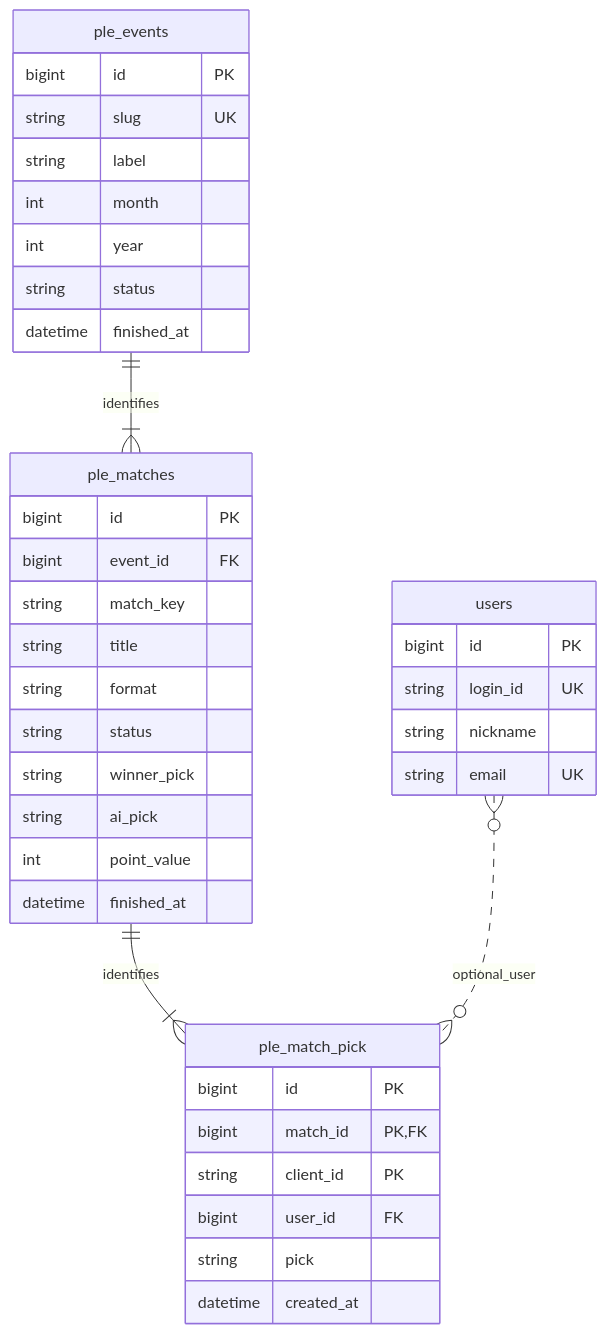
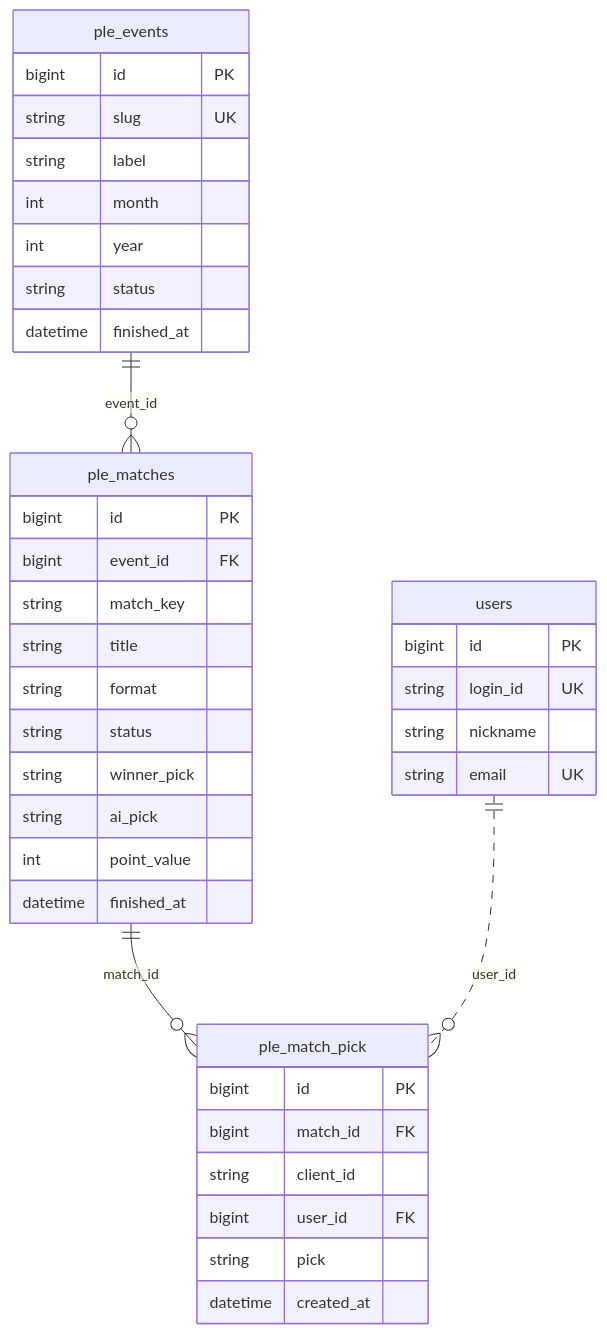
One commit to jsangho/cloud.jsangho.docs changed the second of 3 diagrams in DevOps/Backend/KAYFABE_ERD.md. Above: the diagram before and after it, drawn with Mermaid. The commit also changed other lines of this file and 3 other files, not shown here.

Commit message:
ERD 정리

````diff
--- a/DevOps/Backend/KAYFABE_ERD.md
+++ b/DevOps/Backend/KAYFABE_ERD.md
@@ -82,45 +125,45 @@
 ```mermaid
 erDiagram
-    ple_events ||--|{ ple_matches : identifies
-    ple_matches ||--|{ ple_match_pick : identifies
-    users }o..o{ ple_match_pick : optional_user
+    ple_events ||--o{ ple_matches : event_id
+    ple_matches ||--o{ ple_match_pick : match_id
+    users ||..o{ ple_match_pick : user_id
 
     ple_events {
         bigint id PK
         string slug UK
         string label
         int month
         int year
         string status
         datetime finished_at
     }
 
     ple_matches {
         bigint id PK
         bigint event_id FK
         string match_key
         string title
         string format
         string status
         string winner_pick
         string ai_pick
         int point_value
         datetime finished_at
     }
 
     ple_match_pick {
         bigint id PK
-        bigint match_id PK, FK
-        string client_id PK
+        bigint match_id FK
+        string client_id
         bigint user_id FK
         string pick
         datetime created_at
     }
 
     users {
         bigint id PK
         string login_id UK
         string nickname
         string email UK
     }
 ```
````
